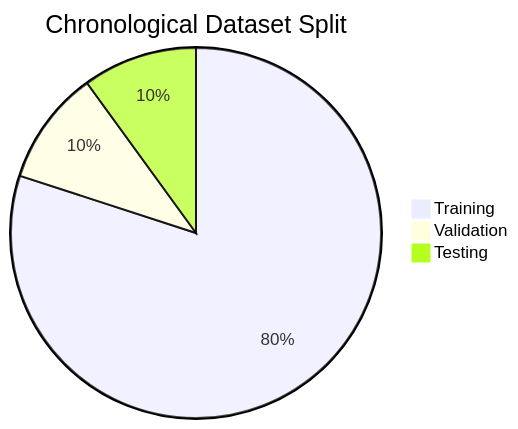
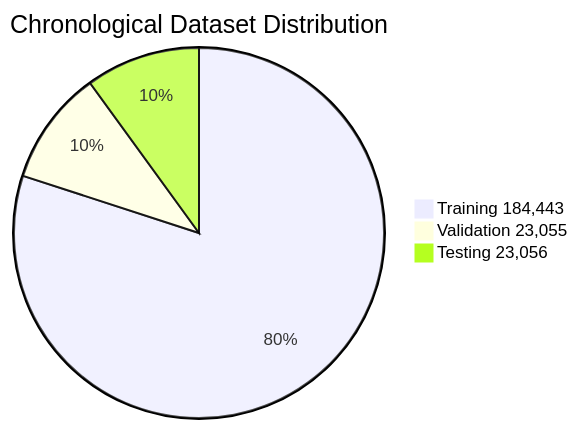
Before and after one commit to sai-ganesh-4539/StatVault: the second of 11 diagrams in Match_Prediction_Intelligence.md, drawn with Mermaid. The commit also changed other lines of this file, not shown here.

````diff
--- a/Match_Prediction_Intelligence.md
+++ b/Match_Prediction_Intelligence.md
@@ -85,7 +103,7 @@
 ```mermaid
-pie title Chronological Dataset Split
+pie title Chronological Dataset Distribution
 
-"Training" : 184443
-"Validation" : 23055
-"Testing" : 23056
+"Training 184,443" : 184443
+"Validation 23,055" : 23055
+"Testing 23,056" : 23056
 ```
````
